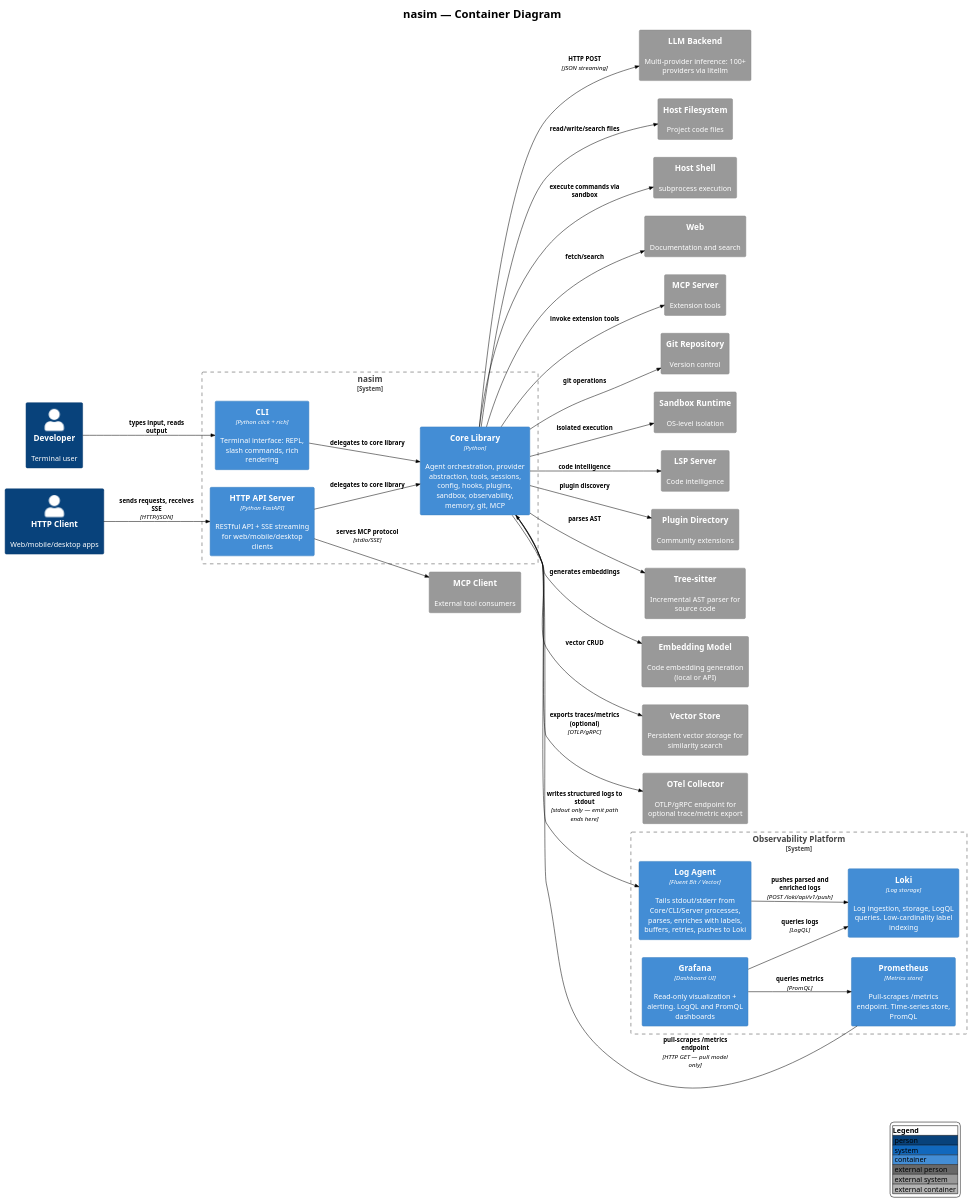
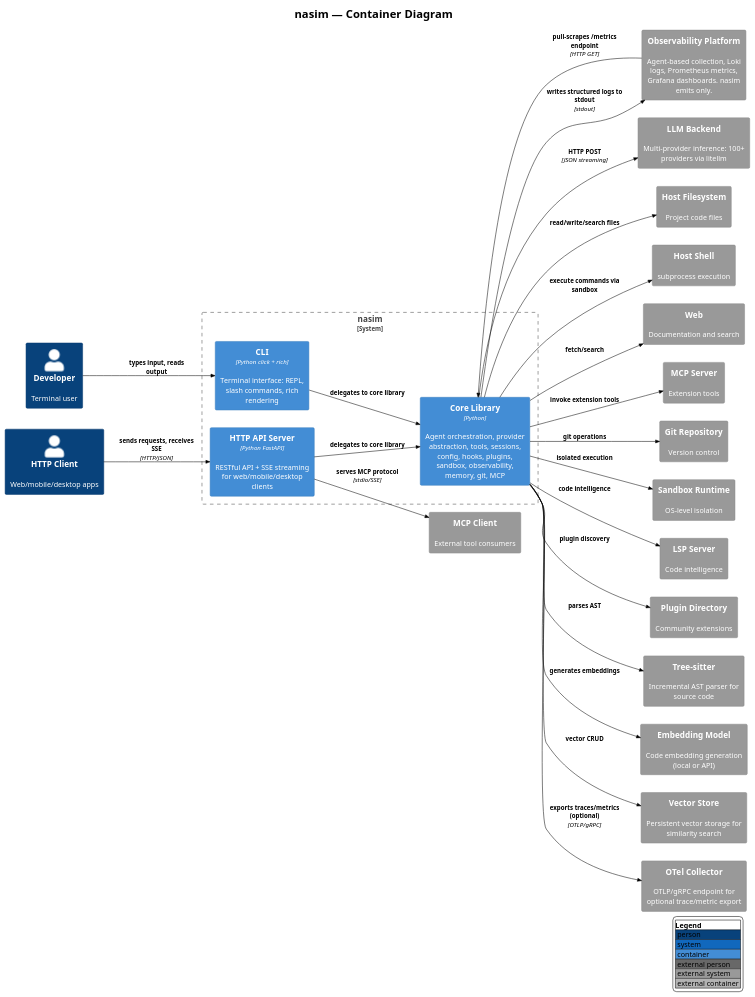
Diagram 17 of 25 in C4.md (salimnamvar/nasim), drawn with PlantUML before and after one commit. The commit also changed other lines of this file and 5 other files, not shown here.

First line of the commit message:
docs: Refactor state machine and use case diagrams for clarity and consistency

```diff
--- a/C4.md
+++ b/C4.md
@@ -984,15 +1016,10 @@
 System_Ext(otel_collector, "OTel Collector", "OTLP/gRPC endpoint for optional trace/metric export")
 
 ' ============================================================
-' Observability Platform (tenas pattern)
+' Observability Platform (tenas pattern — external system, not expanded)
 ' ============================================================
 
-System_Boundary(obs_platform, "Observability Platform") {
-    Container(log_agent, "Log Agent", "Fluent Bit / Vector", "Tails stdout/stderr from Core/CLI/Server processes, parses, enriches with labels, buffers, retries, pushes to Loki")
-    Container(loki, "Loki", "Log storage", "Log ingestion, storage, LogQL queries. Low-cardinality label indexing")
-    Container(prometheus, "Prometheus", "Metrics store", "Pull-scrapes /metrics endpoint. Time-series store, PromQL")
-    Container(grafana, "Grafana", "Dashboard UI", "Read-only visualization + alerting. LogQL and PromQL dashboards")
-}
+System_Ext(obs_platform, "Observability Platform", "Agent-based collection, Loki logs, Prometheus metrics, Grafana dashboards. nasim emits only.")
 
 ' ============================================================
 ' Relationships
@@ -1021,10 +1048,7 @@
 ' Observability Pipeline (tenas pattern: emit-only app, platform-owned collection)
 ' ============================================================
 
-Rel(core, log_agent, "writes structured logs to stdout", "stdout only — emit path ends here")
-Rel(log_agent, loki, "pushes parsed and enriched logs", "POST /loki/api/v1/push")
-Rel(prometheus, core, "pull-scrapes /metrics endpoint", "HTTP GET — pull model only")
-Rel(grafana, loki, "queries logs", "LogQL")
-Rel(grafana, prometheus, "queries metrics", "PromQL")
+Rel(core, obs_platform, "writes structured logs to stdout", "stdout")
+Rel(obs_platform, core, "pull-scrapes /metrics endpoint", "HTTP GET")
 
 @enduml
```
